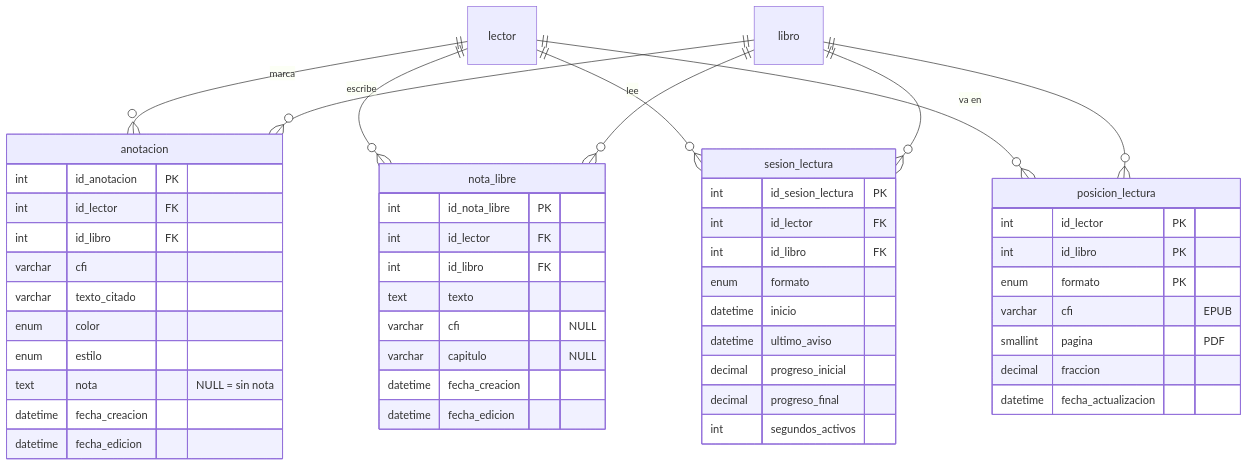
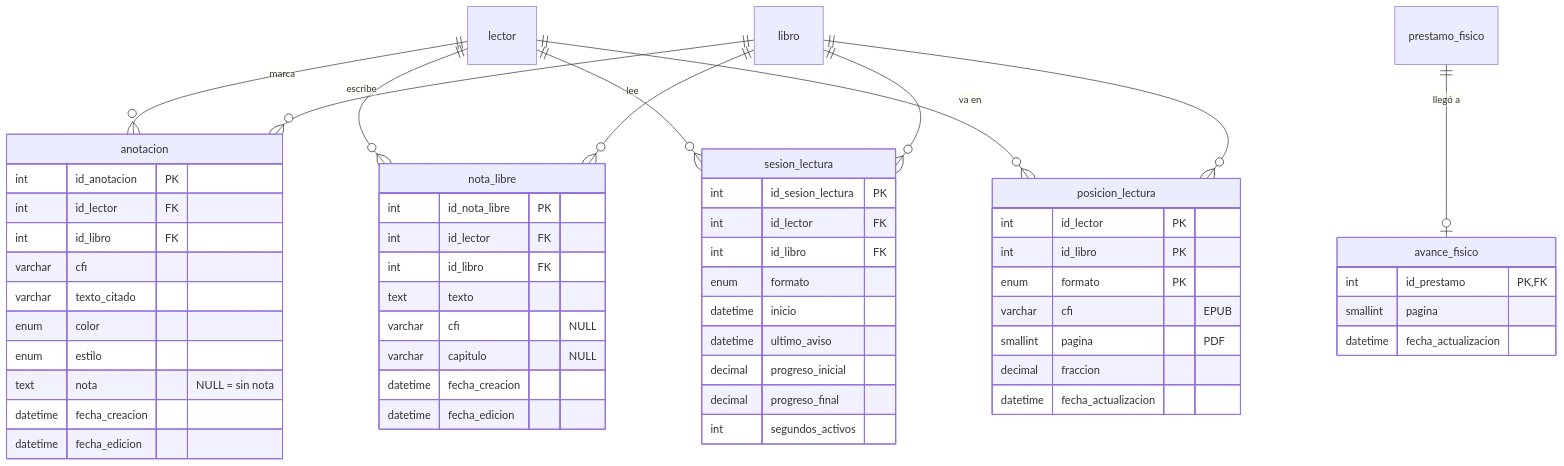
One commit to Parzivalml-35/bibliotecaNext changed the sixth of 6 diagrams in docs/modelo-datos.md. Above: the diagram before and after it, drawn with Mermaid. The commit also changed other lines of this file and 6 other files, not shown here.

````diff
--- a/docs/modelo-datos.md
+++ b/docs/modelo-datos.md
@@ -680,54 +681,60 @@
 ```mermaid
 erDiagram
     lector ||--o{ anotacion : "marca"
     libro ||--o{ anotacion : ""
     lector ||--o{ nota_libre : "escribe"
     libro ||--o{ nota_libre : ""
     lector ||--o{ sesion_lectura : "lee"
     libro ||--o{ sesion_lectura : ""
     lector ||--o{ posicion_lectura : "va en"
     libro ||--o{ posicion_lectura : ""
+    prestamo_fisico ||--o| avance_fisico : "llegó a"
 
     anotacion {
         int id_anotacion PK
         int id_lector FK
         int id_libro FK
         varchar cfi
         varchar texto_citado
         enum color
         enum estilo
         text nota "NULL = sin nota"
         datetime fecha_creacion
         datetime fecha_edicion
     }
     nota_libre {
         int id_nota_libre PK
         int id_lector FK
         int id_libro FK
         text texto
         varchar cfi "NULL"
         varchar capitulo "NULL"
         datetime fecha_creacion
         datetime fecha_edicion
     }
     sesion_lectura {
         int id_sesion_lectura PK
         int id_lector FK
         int id_libro FK
         enum formato
         datetime inicio
         datetime ultimo_aviso
         decimal progreso_inicial
         decimal progreso_final
         int segundos_activos
     }
     posicion_lectura {
         int id_lector PK
         int id_libro PK
         enum formato PK
         varchar cfi "EPUB"
         smallint pagina "PDF"
         decimal fraccion
         datetime fecha_actualizacion
     }
+    avance_fisico {
+        int id_prestamo PK, FK
+        smallint pagina
+        datetime fecha_actualizacion
+    }
 ```
````
